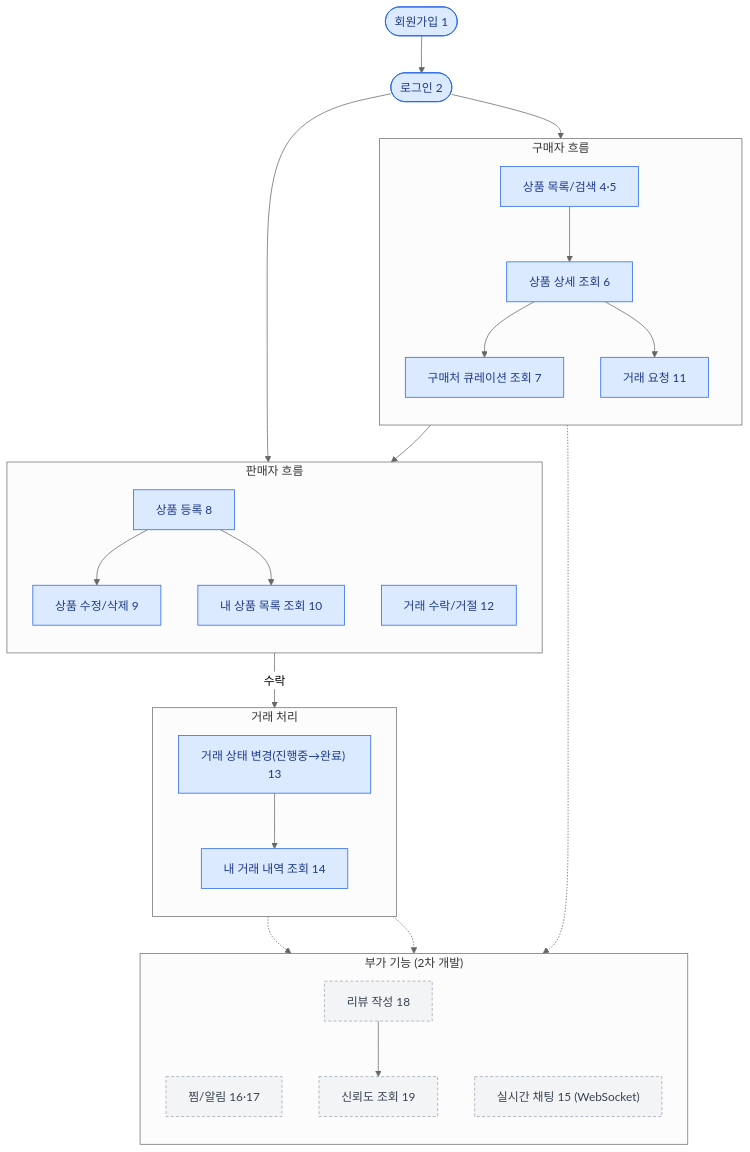
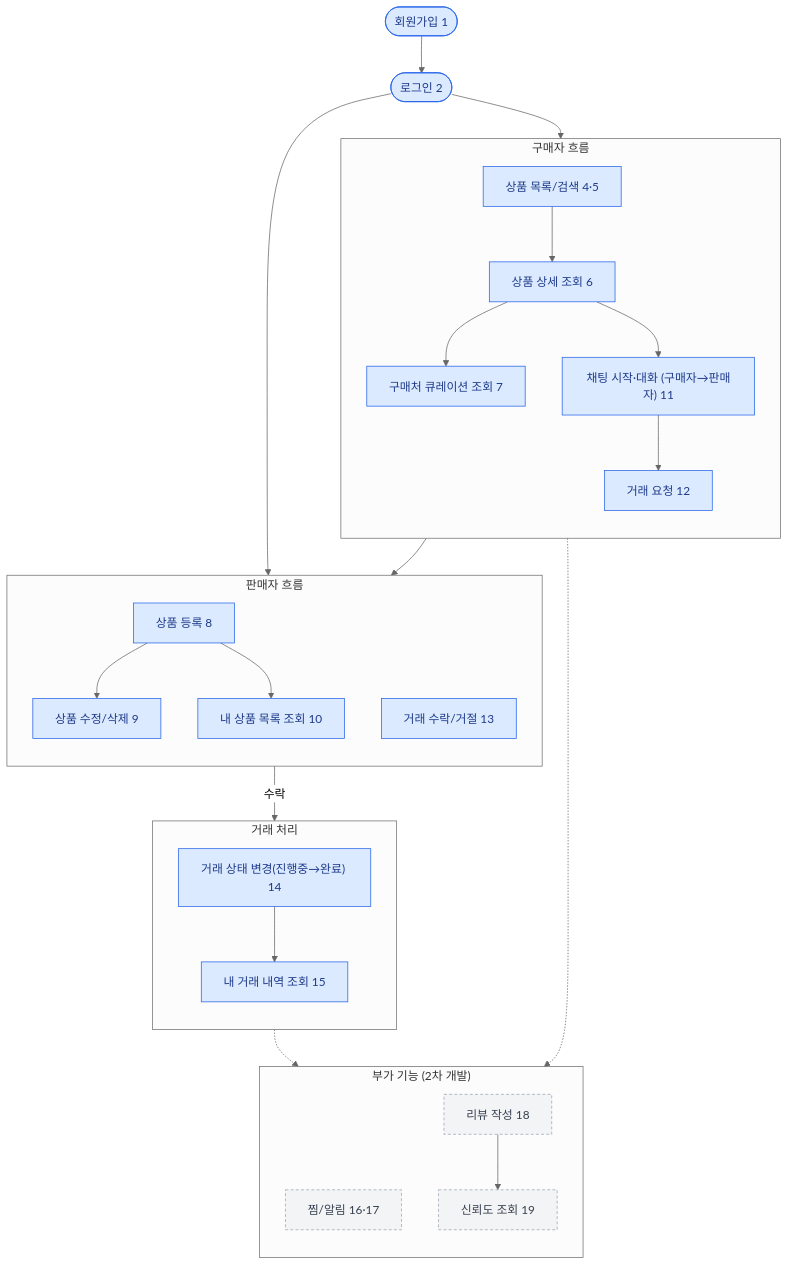
The diagram in 1_MVP기획서.md (oshi-market/oshi-market), drawn with Mermaid (neutral theme) before and after one commit. The commit also changed other lines of this file and 3 other files, not shown here.

````diff
--- a/1_MVP기획서.md
+++ b/1_MVP기획서.md
@@ -13,47 +13,46 @@
 ```mermaid
 flowchart TD
     Start([회원가입 1]) --> Login([로그인 2])
 
     subgraph 구매자흐름["구매자 흐름"]
         direction TB
         B1[상품 목록/검색 4·5] --> B2[상품 상세 조회 6]
         B2 --> B3[구매처 큐레이션 조회 7]
-        B2 --> B4[거래 요청 11]
+        B2 --> B4["채팅 시작·대화 (구매자→판매자) 11"]
+        B4 --> B5[거래 요청 12]
     end
 
     subgraph 판매자흐름["판매자 흐름"]
         direction TB
         S1[상품 등록 8] --> S2[상품 수정/삭제 9]
         S1 --> S3[내 상품 목록 조회 10]
-        B4 --> S4[거래 수락/거절 12]
+        B5 --> S4[거래 수락/거절 13]
     end
 
     Login --> B1
     Login --> S1
 
     subgraph 거래["거래 처리"]
         direction TB
-        T1["거래 상태 변경(진행중→완료) 13"] --> T2[내 거래 내역 조회 14]
+        T1["거래 상태 변경(진행중→완료) 14"] --> T2[내 거래 내역 조회 15]
     end
 
     S4 -->|수락| T1
 
     subgraph 부가["부가 기능 (2차 개발)"]
         direction TB
         E1[찜/알림 16·17]
-        E2["실시간 채팅 15 (WebSocket)"]
         E3[리뷰 작성 18]
         E4[신뢰도 조회 19]
         E3 --> E4
     end
 
     B2 -.-> E1
-    T1 -.-> E2
     T2 -.-> E3
 
     classDef core fill:#dbeafe,stroke:#2563eb,color:#1e3a8a
     classDef extra fill:#f3f4f6,stroke:#9ca3af,color:#374151,stroke-dasharray: 4 3
 
-    class Start,Login,B1,B2,B3,B4,S1,S2,S3,S4,T1,T2 core
-    class E1,E2,E3,E4 extra
+    class Start,Login,B1,B2,B3,B4,B5,S1,S2,S3,S4,T1,T2 core
+    class E1,E3,E4 extra
 ```
````
